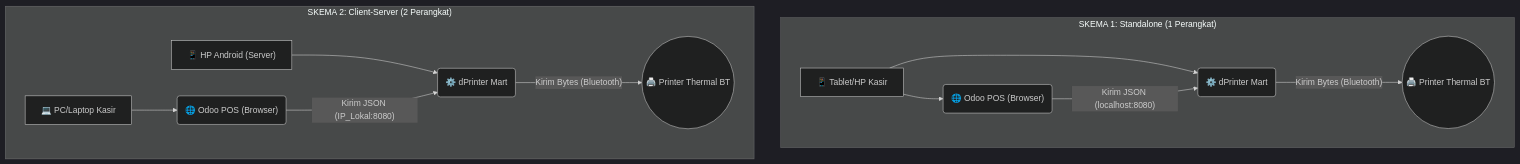
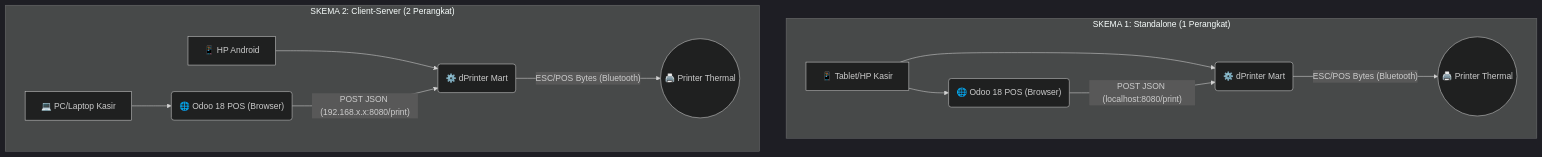
Before and after one commit to AsepSaepudin808/sdr_printer_manager: the diagram in README.md, drawn with Mermaid (dark theme). The commit also changed other lines of this file, not shown here.

Commit message:
docs: update README with detailed features, architecture diagrams, integration guide, and HTTP API documentation

````diff
--- a/README.md
+++ b/README.md
@@ -28,16 +32,16 @@
 ```mermaid
 graph TD
     subgraph Skema_1 ["SKEMA 1: Standalone (1 Perangkat)"]
-        T1["📱 Tablet/HP Kasir"] --> W1("🌐 Odoo POS (Browser)")
+        T1["📱 Tablet/HP Kasir"] --> W1("🌐 Odoo 18 POS (Browser)")
         T1 --> A1("⚙️ dPrinter Mart")
-        W1 -- "Kirim JSON (localhost:8080)" --> A1
-        A1 -- "Kirim Bytes (Bluetooth)" --> P1(("🖨️ Printer Thermal BT"))
+        W1 -- "POST JSON (localhost:8080/print)" --> A1
+        A1 -- "ESC/POS Bytes (Bluetooth)" --> P1(("🖨️ Printer Thermal"))
     end
 
     subgraph Skema_2 ["SKEMA 2: Client-Server (2 Perangkat)"]
-        C2["💻 PC/Laptop Kasir"] --> W2("🌐 Odoo POS (Browser)")
-        H2["📱 HP Android (Server)"] --> A2("⚙️ dPrinter Mart")
-        W2 -- "Kirim JSON (IP_Lokal:8080)" --> A2
-        A2 -- "Kirim Bytes (Bluetooth)" --> P2(("🖨️ Printer Thermal BT"))
+        C2["💻 PC/Laptop Kasir"] --> W2("🌐 Odoo 18 POS (Browser)")
+        H2["📱 HP Android"] --> A2("⚙️ dPrinter Mart")
+        W2 -- "POST JSON (192.168.x.x:8080/print)" --> A2
+        A2 -- "ESC/POS Bytes (Bluetooth)" --> P2(("🖨️ Printer Thermal"))
     end
 ```
````
